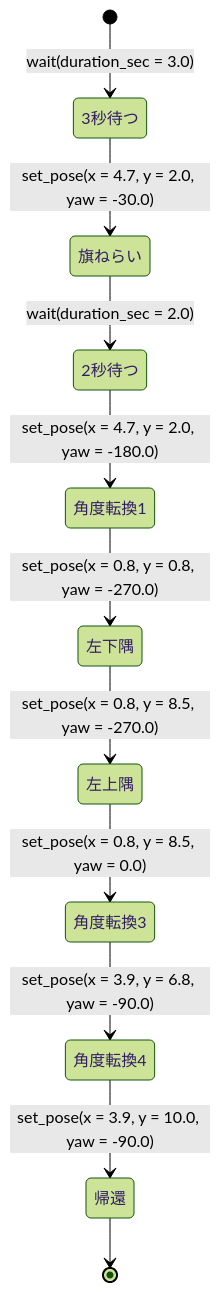
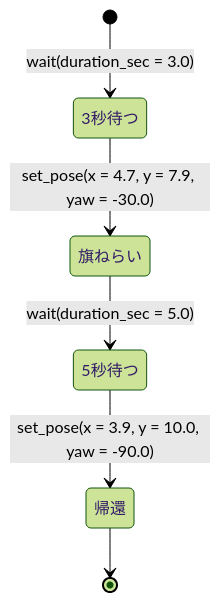
One commit to TNCT-Mechatech/2026A-ros changed the diagram in examples/natto_nhk2025_sample/state_graph/sample_red.md. Above: the diagram before and after it, drawn with Mermaid (forest theme).

Commit message:
tune(sample): simplify red-side autonomous route

````diff
--- a/examples/natto_nhk2025_sample/state_graph/sample_red.md
+++ b/examples/natto_nhk2025_sample/state_graph/sample_red.md
@@ -1,15 +1,10 @@
 ```mermaid
 stateDiagram-v2
 
 [*] --> 3秒待つ : wait(duration_sec = 3.0)
-3秒待つ --> 旗ねらい : set_pose(x = 4.7, y = 2.0, yaw = -30.0)
-旗ねらい --> 2秒待つ : wait(duration_sec = 2.0)
-2秒待つ --> 角度転換1  : set_pose(x = 4.7, y = 2.0, yaw = -180.0)
-角度転換1 --> 左下隅 : set_pose(x = 0.8, y = 0.8, yaw = -270.0)
-左下隅 --> 左上隅 : set_pose(x = 0.8, y = 8.5, yaw = -270.0)
-左上隅 --> 角度転換3 : set_pose(x = 0.8, y = 8.5, yaw = 0.0)
-角度転換3 --> 角度転換4 : set_pose(x = 3.9, y = 6.8, yaw = -90.0)
-角度転換4 --> 帰還 : set_pose(x = 3.9, y = 10.0, yaw = -90.0)
-帰還 --> [*]
+3秒待つ --> 旗ねらい : set_pose(x = 4.7, y = 7.9, yaw = -30.0)
+旗ねらい --> 5秒待つ : wait(duration_sec = 5.0)
+5秒待つ --> 帰還 : set_pose(x = 3.9, y = 10.0, yaw = -90.0)
+帰還 -->  [*]
 
 ```
````
